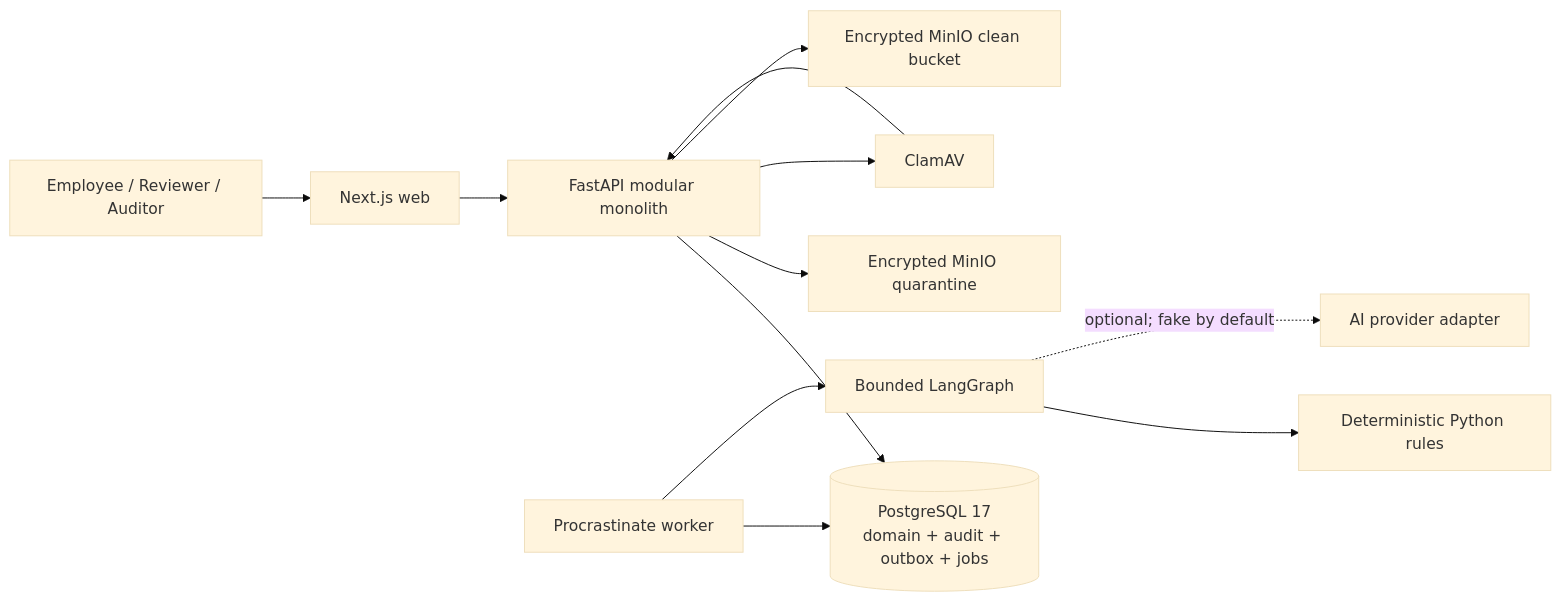
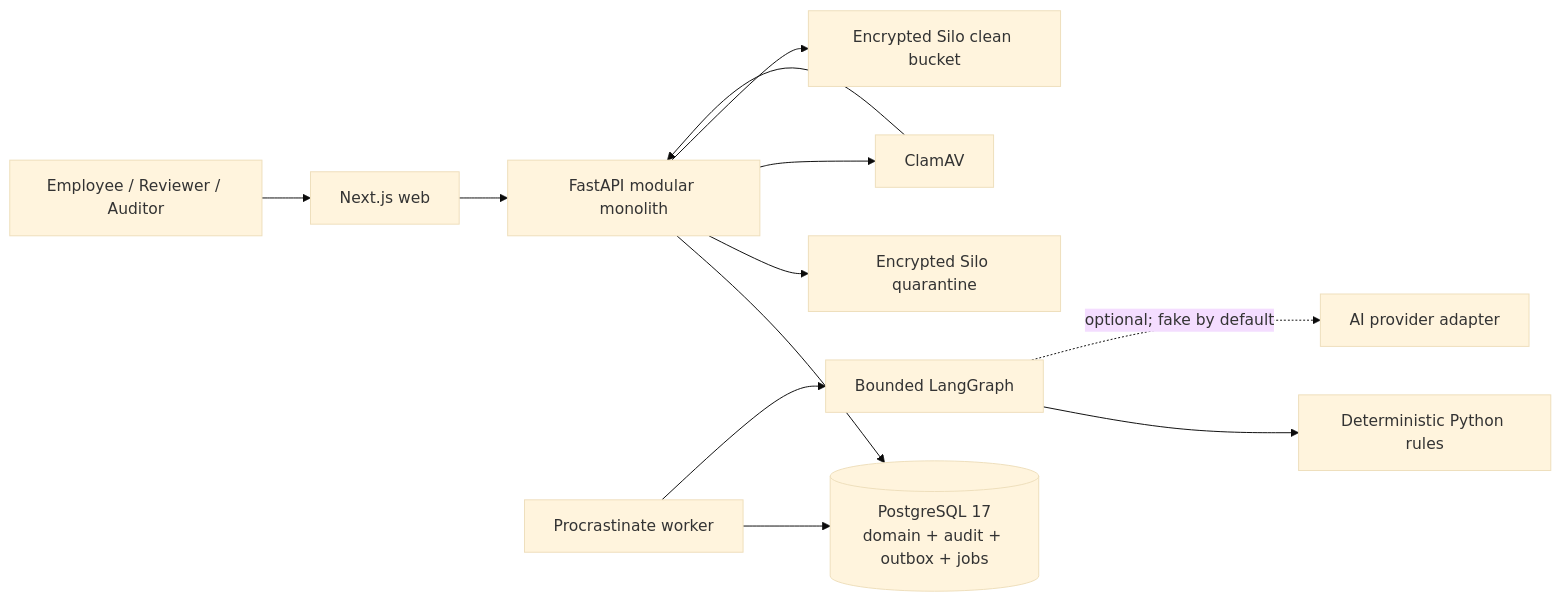
The first of 3 diagrams in docs/architecture/as-built-architecture.md (anilkatta1/ClearSpend), drawn with Mermaid (base theme) before and after one commit. The commit also changed other lines of this file and 5 other files, not shown here.

````diff
--- a/docs/architecture/as-built-architecture.md
+++ b/docs/architecture/as-built-architecture.md
@@ -23,14 +23,14 @@
 ```mermaid
 flowchart LR
     U["Employee / Reviewer / Auditor"] --> W["Next.js web"]
     W --> A["FastAPI modular monolith"]
     A --> P[("PostgreSQL 17\ndomain + audit + outbox + jobs")]
-    A --> Q["Encrypted MinIO quarantine"]
+    A --> Q["Encrypted Silo quarantine"]
     A --> C["ClamAV"]
     C --> A
-    A --> O["Encrypted MinIO clean bucket"]
+    A --> O["Encrypted Silo clean bucket"]
     J["Procrastinate worker"] --> P
     J --> G["Bounded LangGraph"]
     G --> R["Deterministic Python rules"]
     G -. "optional; fake by default" .-> L["AI provider adapter"]
 ```
````
